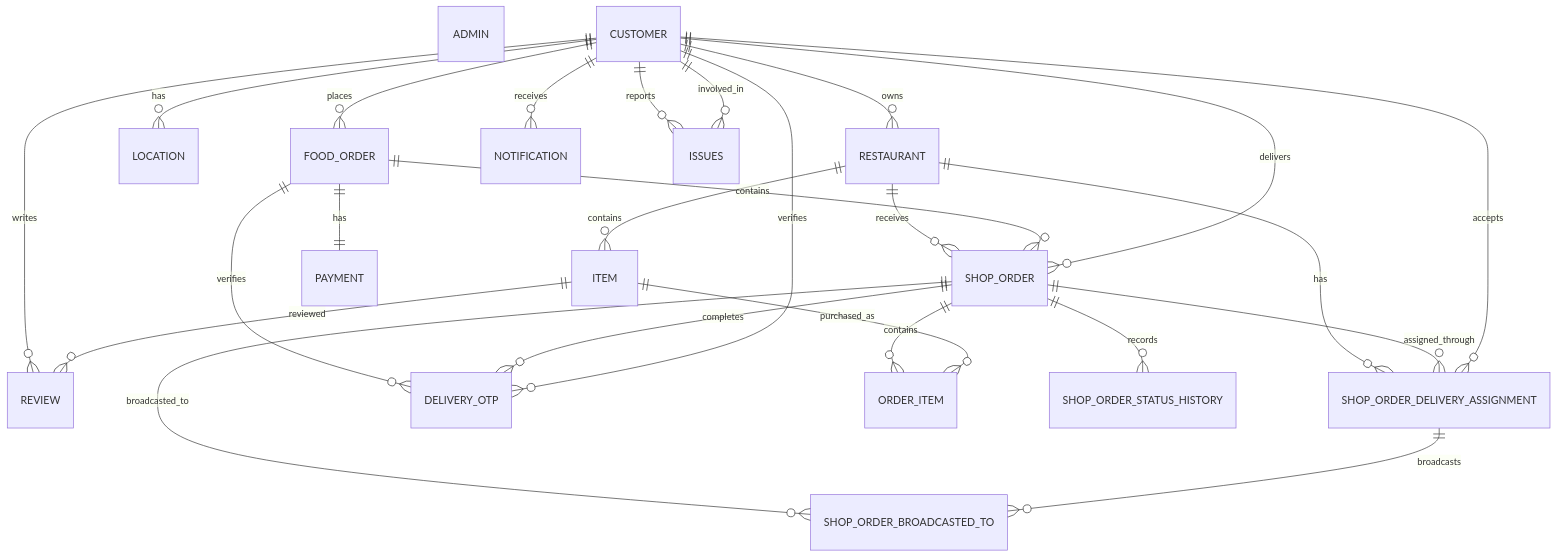
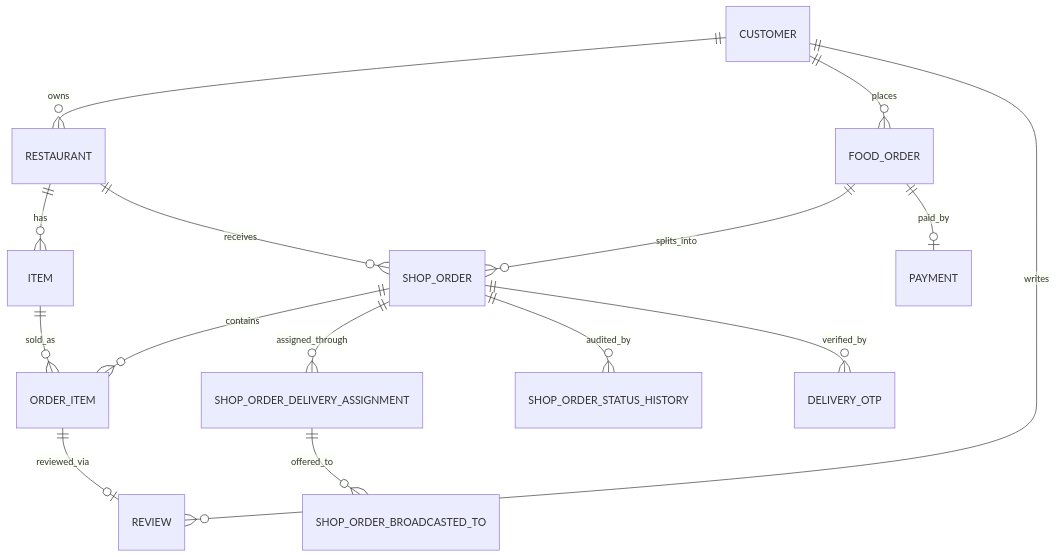
The second of 3 diagrams in README.md (unthinkingFool/buet-cse-2-1-project-food-order-and-delivery), drawn with Mermaid before and after one commit. The commit also changed other lines of this file and 3 other files, not shown here.

````diff
--- a/README.md
+++ b/README.md
@@ -525,34 +137,17 @@
 ```mermaid
 erDiagram
-    ADMIN
-
     CUSTOMER ||--o{ RESTAURANT : owns
-    CUSTOMER ||--o{ LOCATION : has
     CUSTOMER ||--o{ FOOD_ORDER : places
     CUSTOMER ||--o{ REVIEW : writes
-    CUSTOMER ||--o{ NOTIFICATION : receives
-    CUSTOMER ||--o{ ISSUES : reports
-    CUSTOMER ||--o{ ISSUES : involved_in
-
-    RESTAURANT ||--o{ ITEM : contains
+    RESTAURANT ||--o{ ITEM : has
     RESTAURANT ||--o{ SHOP_ORDER : receives
-    RESTAURANT ||--o{ SHOP_ORDER_DELIVERY_ASSIGNMENT : has
-
-    FOOD_ORDER ||--o{ SHOP_ORDER : contains
-    FOOD_ORDER ||--|| PAYMENT : has
-    FOOD_ORDER ||--o{ DELIVERY_OTP : verifies
-
+    FOOD_ORDER ||--o{ SHOP_ORDER : splits_into
+    FOOD_ORDER ||--o| PAYMENT : paid_by
     SHOP_ORDER ||--o{ ORDER_ITEM : contains
+    ITEM ||--o{ ORDER_ITEM : sold_as
+    ORDER_ITEM ||--o| REVIEW : reviewed_via
     SHOP_ORDER ||--o{ SHOP_ORDER_DELIVERY_ASSIGNMENT : assigned_through
-    SHOP_ORDER ||--o{ SHOP_ORDER_BROADCASTED_TO : broadcasted_to
-    SHOP_ORDER ||--o{ SHOP_ORDER_STATUS_HISTORY : records
-    SHOP_ORDER ||--o{ DELIVERY_OTP : completes
-
-    ITEM ||--o{ ORDER_ITEM : purchased_as
-    ITEM ||--o{ REVIEW : reviewed
-
-    SHOP_ORDER_DELIVERY_ASSIGNMENT ||--o{ SHOP_ORDER_BROADCASTED_TO : broadcasts
-    CUSTOMER ||--o{ SHOP_ORDER : delivers
-    CUSTOMER ||--o{ SHOP_ORDER_DELIVERY_ASSIGNMENT : accepts
-    CUSTOMER ||--o{ DELIVERY_OTP : verifies
+    SHOP_ORDER_DELIVERY_ASSIGNMENT ||--o{ SHOP_ORDER_BROADCASTED_TO : offered_to
+    SHOP_ORDER ||--o{ SHOP_ORDER_STATUS_HISTORY : audited_by
+    SHOP_ORDER ||--o{ DELIVERY_OTP : verified_by
 ```
````
